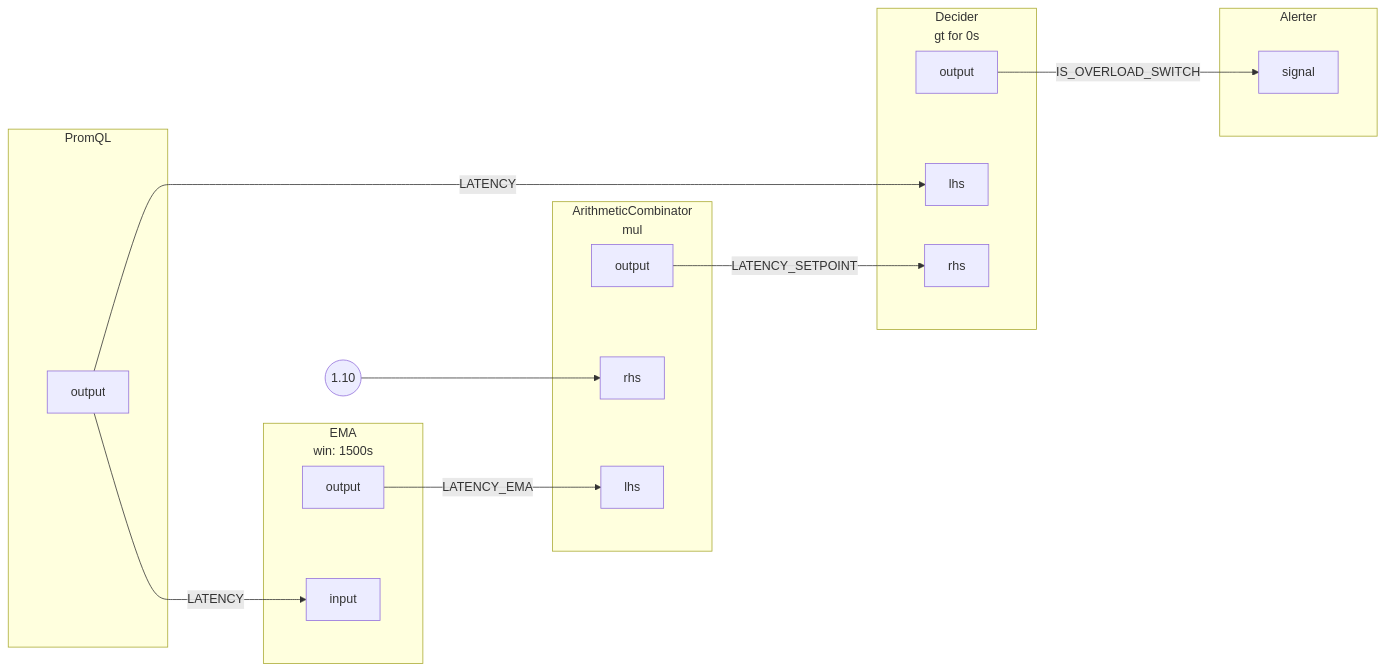
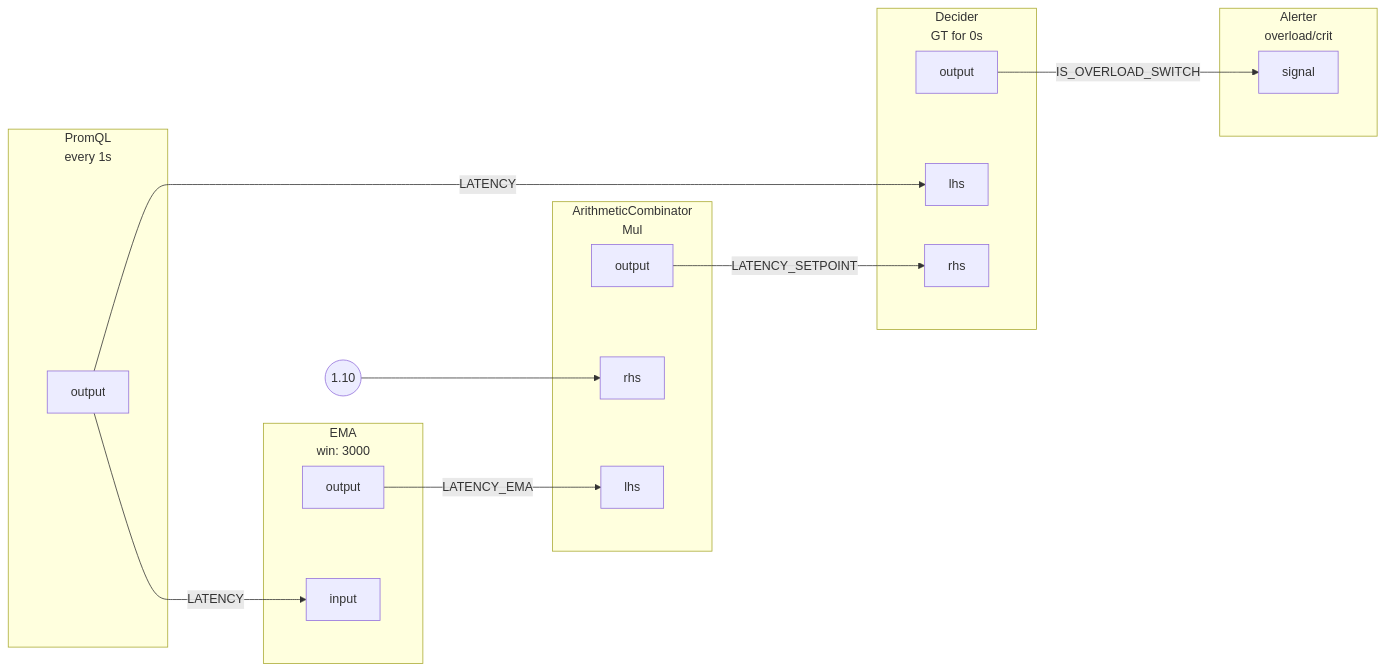
The diagram in docs/content/tutorials/signal-processing/assets/detecting-overload/detecting-overload.mmd (fluxninja/aperture), drawn with Mermaid before and after one commit. The commit also changed 60 other files, not shown here.

Commit message:
mermaid: add short description

```diff
--- a/docs/content/tutorials/signal-processing/assets/detecting-overload/detecting-overload.mmd
+++ b/docs/content/tutorials/signal-processing/assets/detecting-overload/detecting-overload.mmd
@@ -1,52 +1,52 @@
 flowchart LR
-subgraph root.0[PromQL]
+subgraph root.0[<center>PromQL<br/>every 1s</center>]
 subgraph root.0_outports[ ]
 style root.0_outports fill:none,stroke:none
 root.0output[output]
 end
 end
-subgraph root.1[<center>EMA<br/>win: 1500s</center>]
+subgraph root.1[<center>EMA<br/>win: 3000</center>]
 subgraph root.1_inports[ ]
 style root.1_inports fill:none,stroke:none
 root.1input[input]
 end
 subgraph root.1_outports[ ]
 style root.1_outports fill:none,stroke:none
 root.1output[output]
 end
 end
 FakeConstant0((1.10))
 FakeConstant0 --> root.2rhs
-subgraph root.2[<center>ArithmeticCombinator<br/>mul</center>]
+subgraph root.2[<center>ArithmeticCombinator<br/>Mul</center>]
 subgraph root.2_inports[ ]
 style root.2_inports fill:none,stroke:none
 root.2lhs[lhs]
 root.2rhs[rhs]
 end
 subgraph root.2_outports[ ]
 style root.2_outports fill:none,stroke:none
 root.2output[output]
 end
 end
-subgraph root.3[<center>Decider<br/>gt for 0s</center>]
+subgraph root.3[<center>Decider<br/>GT for 0s</center>]
 subgraph root.3_inports[ ]
 style root.3_inports fill:none,stroke:none
 root.3lhs[lhs]
 root.3rhs[rhs]
 end
 subgraph root.3_outports[ ]
 style root.3_outports fill:none,stroke:none
 root.3output[output]
 end
 end
-subgraph root.4[Alerter]
+subgraph root.4[<center>Alerter<br/>overload/crit</center>]
 subgraph root.4_inports[ ]
 style root.4_inports fill:none,stroke:none
 root.4signal[signal]
 end
 end
 root.0output --> |LATENCY| root.1input
 root.0output --> |LATENCY| root.3lhs
 root.1output --> |LATENCY_EMA| root.2lhs
 root.2output --> |LATENCY_SETPOINT| root.3rhs
 root.3output --> |IS_OVERLOAD_SWITCH| root.4signal
```
